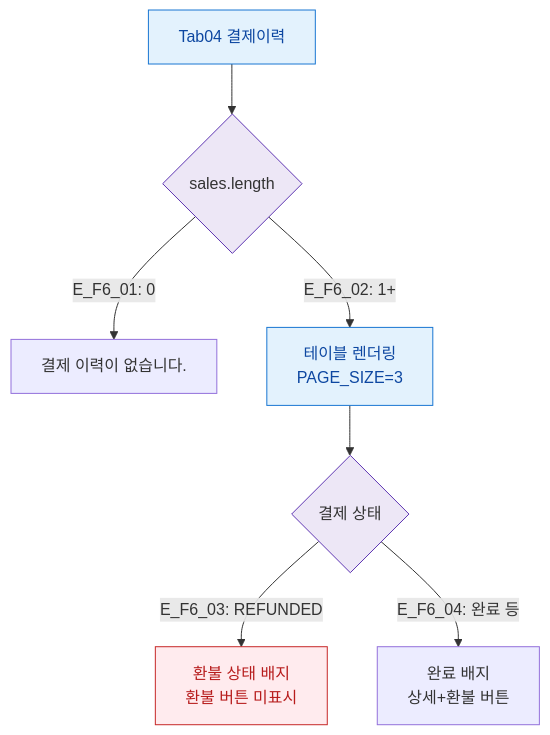
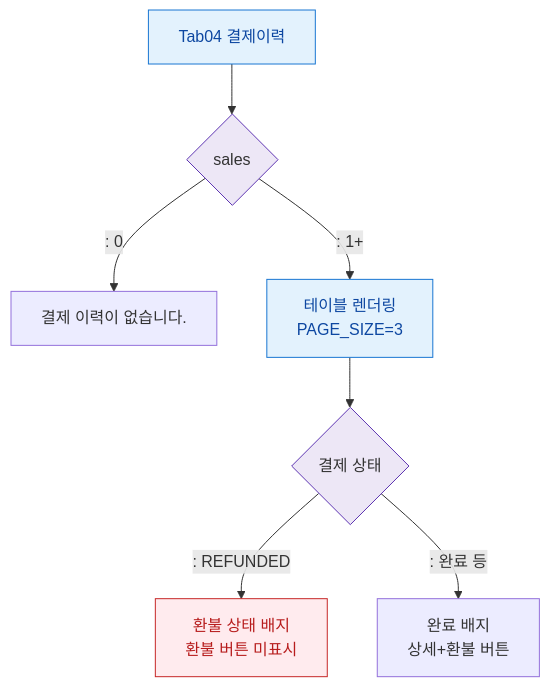
The diagram in docs/다이어그램/D02_회원관리/SCR-M004_회원상세/Tab04_결제이력/F6_상태별.md (dev-spogym/admin-pando), drawn with Mermaid before and after one commit. The commit also changed other lines of this file and 1660 other files, not shown here.

First line of the commit message:
다이어그램: 기획자/클라이언트 납품본으로 정리

````diff
--- a/docs/다이어그램/D02_회원관리/SCR-M004_회원상세/Tab04_결제이력/F6_상태별.md
+++ b/docs/다이어그램/D02_회원관리/SCR-M004_회원상세/Tab04_결제이력/F6_상태별.md
@@ -22,17 +20,17 @@
 ```mermaid
 flowchart TD
-  TAB[Tab04 결제이력] --> DATA{sales.length}
-  DATA -->|"E_F6_01: 0"| EMPTY[결제 이력이 없습니다.]
-  DATA -->|"E_F6_02: 1+"| TABLE[테이블 렌더링\nPAGE_SIZE=3]
+  TAB[Tab04 결제이력] --> DATA{sales}
+  DATA -->|": 0"|EMPTY[결제 이력이 없습니다.]
+  DATA -->|": 1+"|TABLE[테이블 렌더링\nPAGE_SIZE=3]
 
   TABLE --> STATUS{결제 상태}
-  STATUS -->|"E_F6_03: REFUNDED"| REF_ROW[환불 상태 배지\n환불 버튼 미표시]
-  STATUS -->|"E_F6_04: 완료 등"| NORMAL_ROW[완료 배지\n상세+환불 버튼]
+  STATUS -->|": REFUNDED"|REF_ROW[환불 상태 배지\n환불 버튼 미표시]
+  STATUS -->|": 완료 등"|NORMAL_ROW[완료 배지\n상세+환불 버튼]
 
   classDef screen fill:#E3F2FD,stroke:#1976D2,color:#0D47A1
   classDef system fill:#EDE7F6,stroke:#5E35B2
   classDef error fill:#FFEBEE,stroke:#C62828,color:#B71C1C
   class TAB,TABLE screen
   class DATA,STATUS system
   class REF_ROW error
 ```
````
